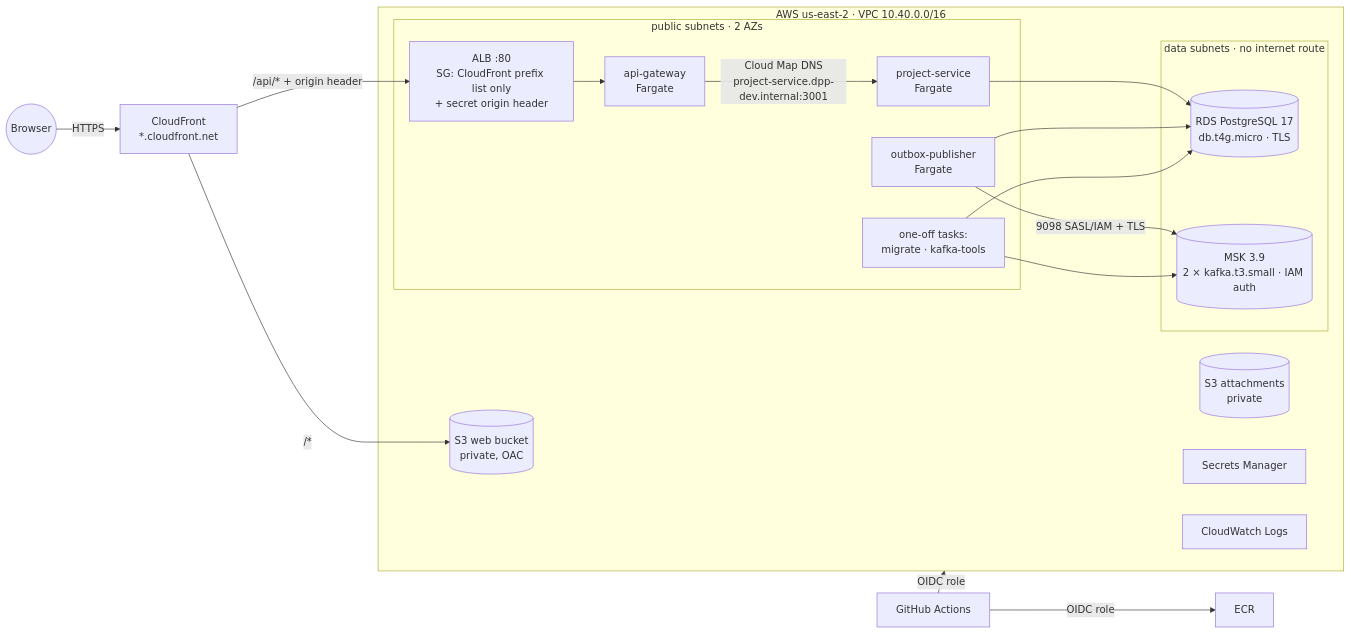
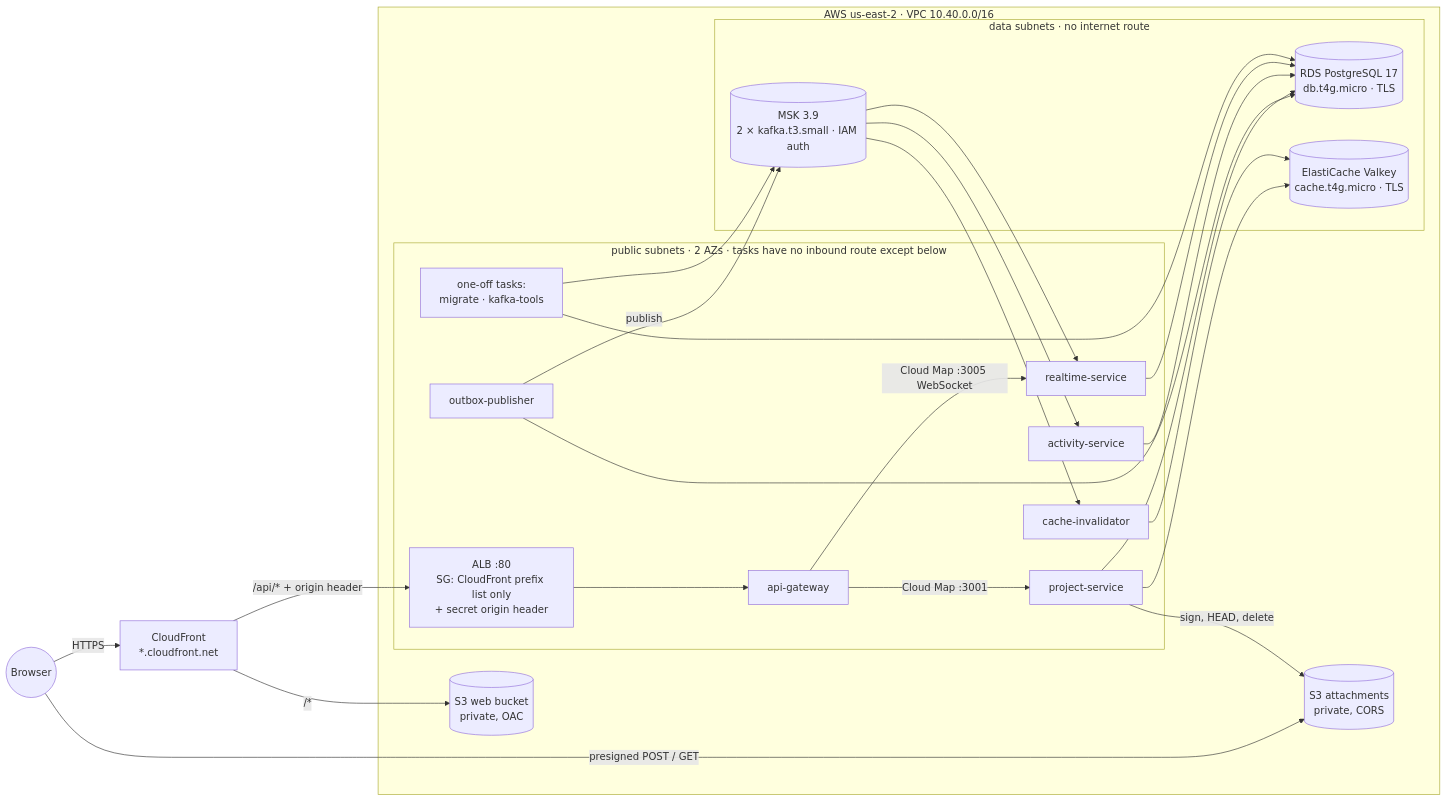
The diagram in docs/aws-development.md (The-RealOG/distributed-events-platform), drawn with Mermaid before and after one commit. The commit also changed other lines of this file, not shown here.

Commit message:
AWS docs: current topology diagram and a local-to-AWS component mapping

````diff
--- a/docs/aws-development.md
+++ b/docs/aws-development.md
@@ -15,30 +15,37 @@
 ```mermaid
 flowchart LR
   user((Browser)) -->|HTTPS| cf[CloudFront<br/>*.cloudfront.net]
+  user -->|presigned POST / GET| s3att
   subgraph aws[AWS us-east-2 · VPC 10.40.0.0/16]
-    subgraph public[public subnets · 2 AZs]
+    subgraph public[public subnets · 2 AZs · tasks have no inbound route except below]
       alb[ALB :80<br/>SG: CloudFront prefix list only<br/>+ secret origin header]
-      gw[api-gateway<br/>Fargate]
-      ps[project-service<br/>Fargate]
-      op[outbox-publisher<br/>Fargate]
+      gw[api-gateway]
+      ps[project-service]
+      rt[realtime-service]
+      op[outbox-publisher]
+      as[activity-service]
+      ci[cache-invalidator]
       jobs[one-off tasks:<br/>migrate · kafka-tools]
     end
     subgraph data[data subnets · no internet route]
       rds[(RDS PostgreSQL 17<br/>db.t4g.micro · TLS)]
       msk[(MSK 3.9<br/>2 × kafka.t3.small · IAM auth)]
+      redis[(ElastiCache Valkey<br/>cache.t4g.micro · TLS)]
     end
     s3web[(S3 web bucket<br/>private, OAC)]
-    s3att[(S3 attachments<br/>private)]
-    sm[Secrets Manager]
-    cw[CloudWatch Logs]
+    s3att[(S3 attachments<br/>private, CORS)]
   end
   cf -->|/*| s3web
   cf -->|/api/* + origin header| alb --> gw
-  gw -->|Cloud Map DNS<br/>project-service.dpp-dev.internal:3001| ps
-  ps --> rds
+  gw -->|Cloud Map :3001| ps
+  gw -->|Cloud Map :3005 WebSocket| rt
+  ps --> rds & redis
+  ps -->|sign, HEAD, delete| s3att
   op --> rds
-  op -->|9098 SASL/IAM + TLS| msk
-  jobs --> rds
-  jobs --> msk
-  gh[GitHub Actions] -->|OIDC role| ecr[ECR] & aws
+  op -->|publish| msk
+  msk --> as & ci & rt
+  as --> rds
+  ci --> redis
+  rt --> rds
+  jobs --> rds & msk
 ```
````
